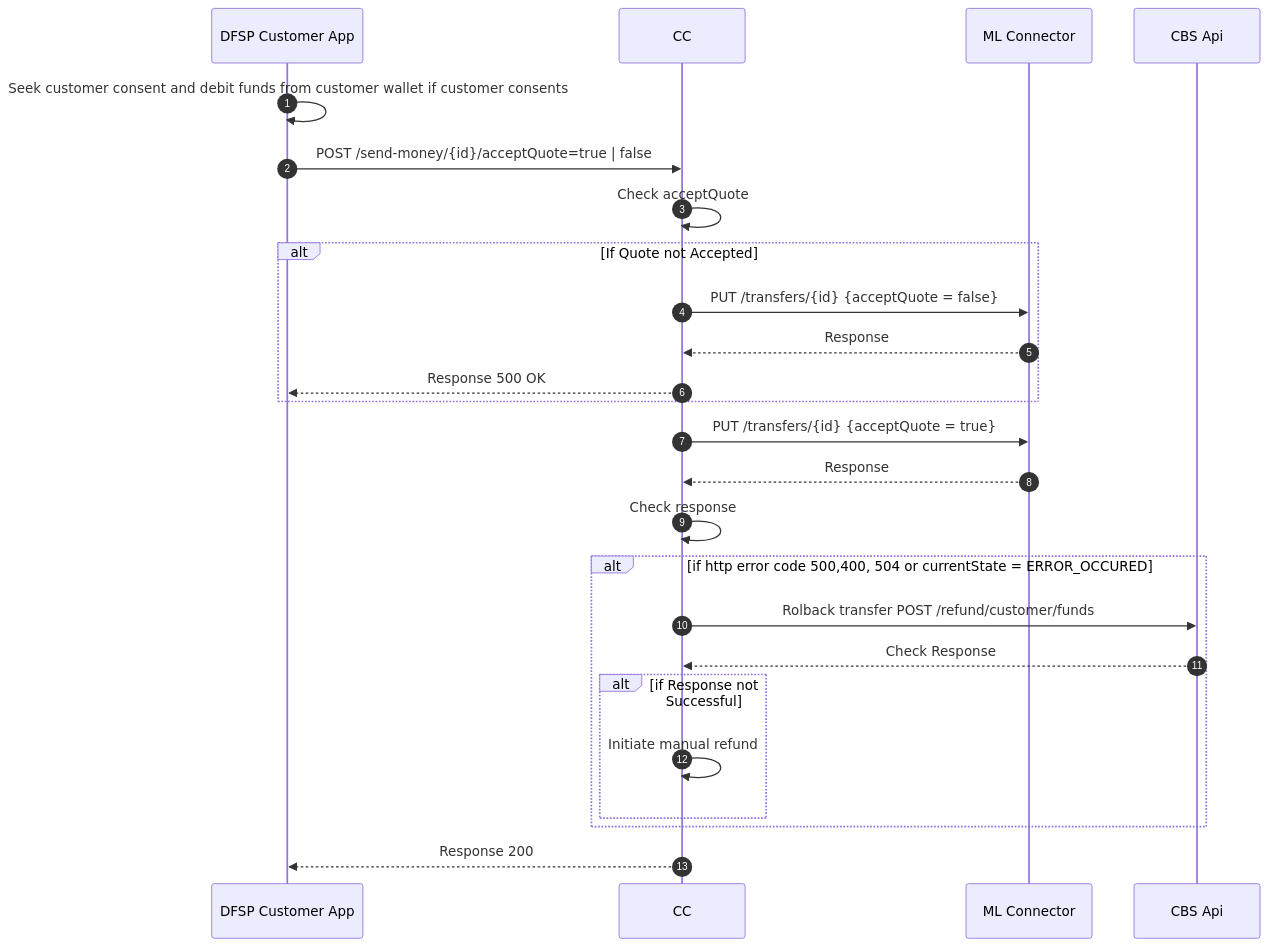
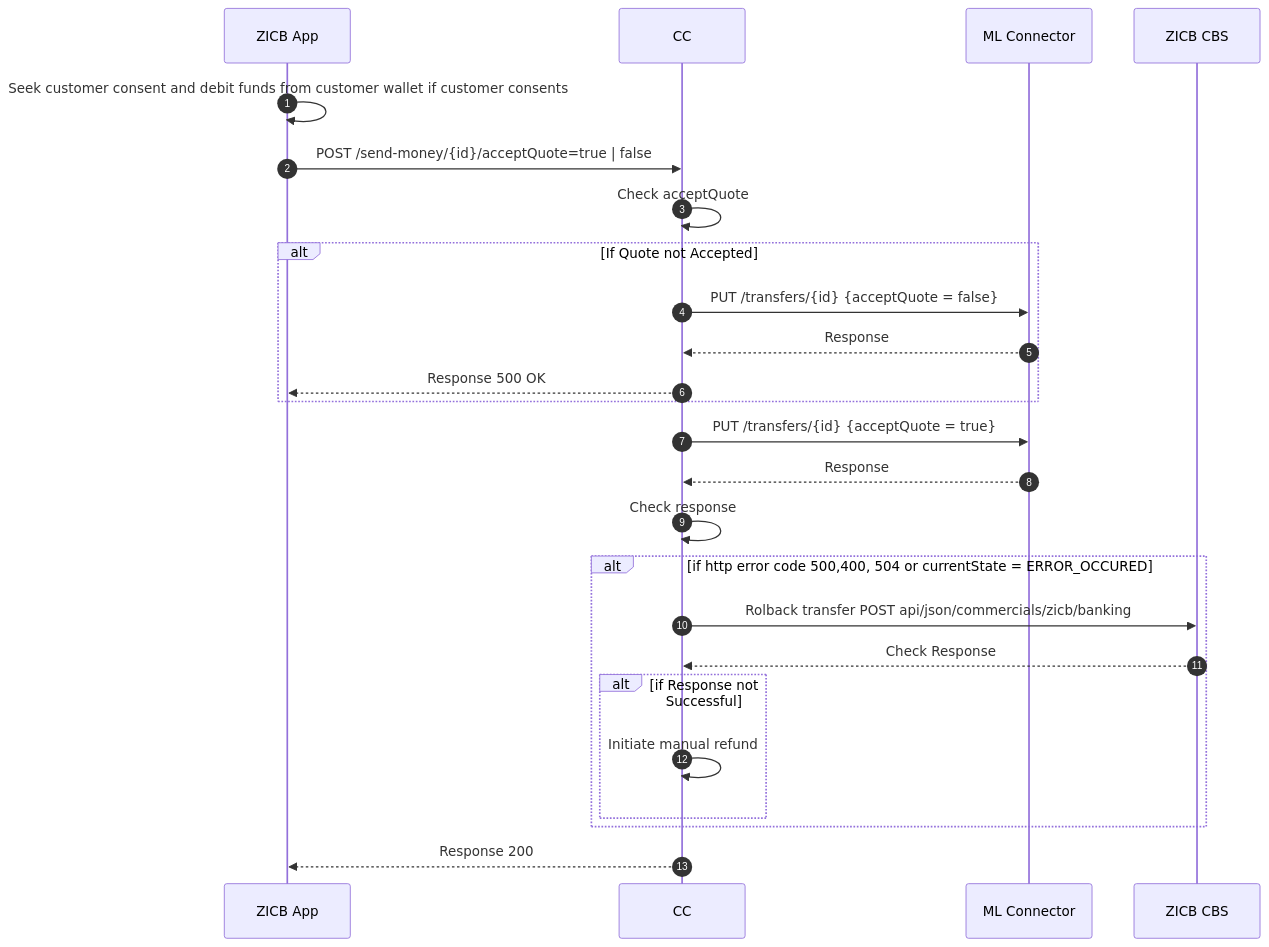
One commit to mojaloop/ml-reference-connectors changed the diagram in zicb-zm-core-connector/docs/payer/payer-update-send-money-bank.md. Above: the diagram before and after it, drawn with Mermaid. The commit also changed 12 other files, not shown here.

Commit message:
chore: updated sequence diagrams

````diff
--- a/zicb-zm-core-connector/docs/payer/payer-update-send-money-bank.md
+++ b/zicb-zm-core-connector/docs/payer/payer-update-send-money-bank.md
@@ -4,23 +4,23 @@
 ```mermaid
 sequenceDiagram
   autoNumber
-  DFSP Customer App->>DFSP Customer App: Seek customer consent and debit funds from customer wallet if customer consents
-  DFSP Customer App->>CC: POST /send-money/{id}/acceptQuote=true | false
+  ZICB App->>ZICB App: Seek customer consent and debit funds from customer wallet if customer consents
+  ZICB App->>CC: POST /send-money/{id}/acceptQuote=true | false
   CC->>CC: Check acceptQuote
   Alt If Quote not Accepted
   CC->>ML Connector:PUT  /transfers/{id} {acceptQuote = false}
   ML Connector-->>CC: Response 
-  CC-->>DFSP Customer App: Response 500 OK
+  CC-->>ZICB App: Response 500 OK
   End 
   CC->>ML Connector:PUT  /transfers/{id} {acceptQuote = true}
   ML Connector-->>CC: Response
   CC->>CC: Check response
   Alt if http error code 500,400, 504 or currentState = ERROR_OCCURED
-  CC->>CBS Api : Rolback transfer POST /refund/customer/funds
-  CBS Api-->>CC:Check Response
+  CC->>ZICB CBS : Rolback transfer POST api/json/commercials/zicb/banking
+  ZICB CBS-->>CC:Check Response
   Alt if Response not Successful
   CC->>CC: Initiate manual refund
   End
   End
-  CC-->> DFSP Customer App: Response 200
+  CC-->> ZICB App: Response 200
 ```
````
